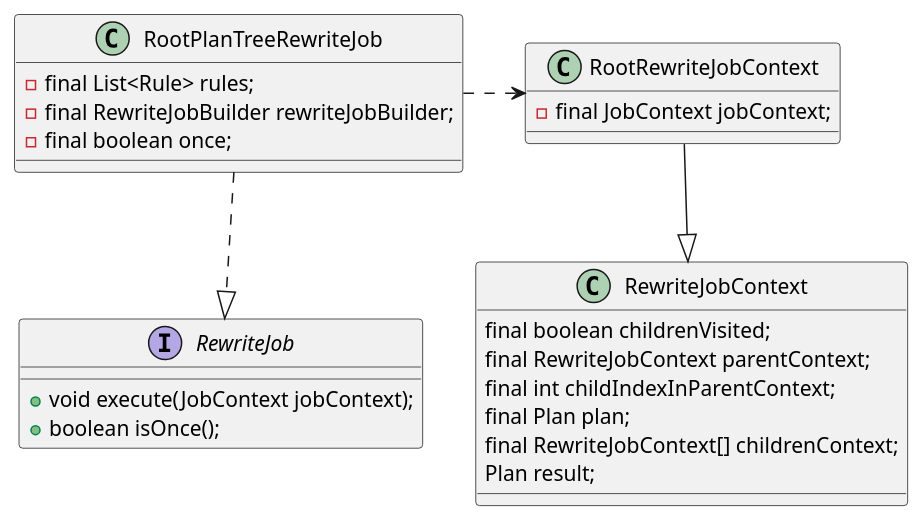
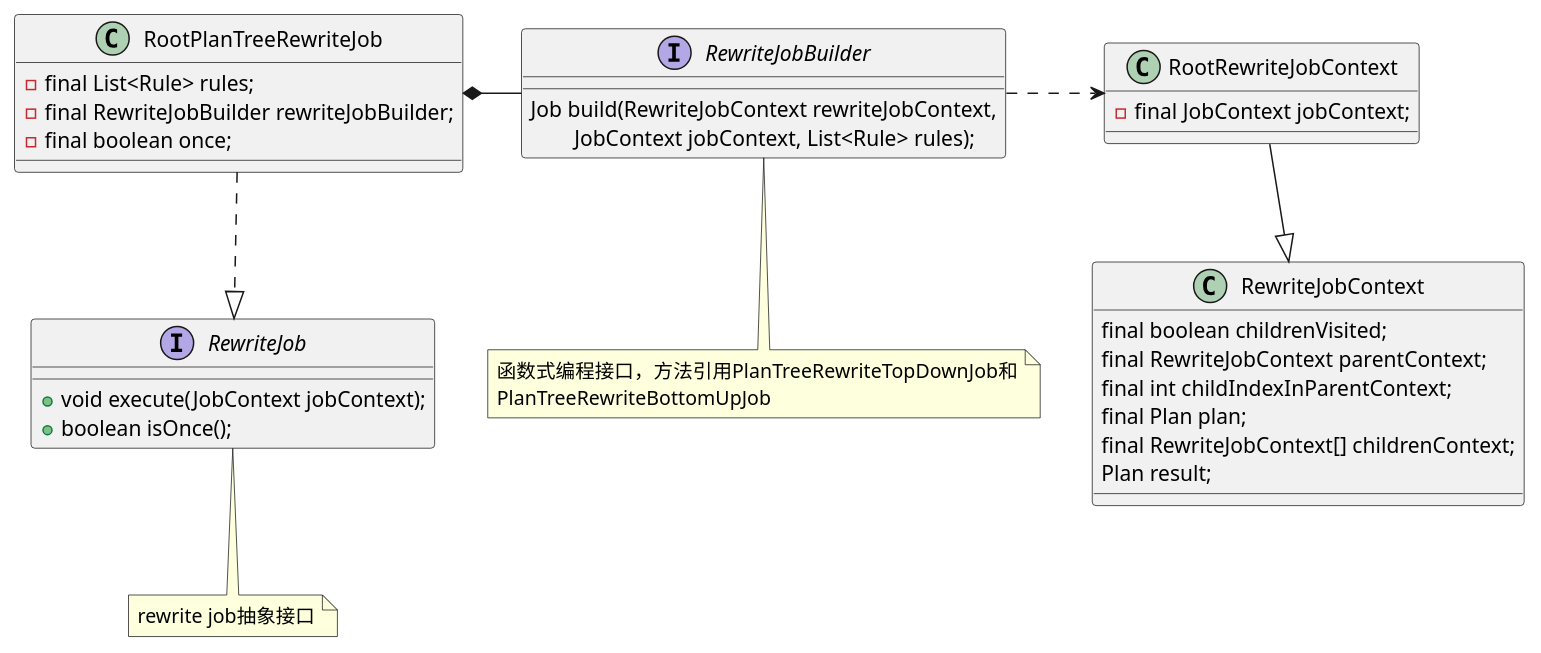
One commit to DepInjoy/geektime changed the fourth of 5 diagrams in doc/DB/Doris/SourceRead/01_00_RewriteFramework.md. Above: the diagram before and after it, drawn with PlantUML. The commit also changed other lines of this file, not shown here.

Commit message:
Doris rewrite framework梳理

````diff
--- a/doc/DB/Doris/SourceRead/01_00_RewriteFramework.md
+++ b/doc/DB/Doris/SourceRead/01_00_RewriteFramework.md
@@ -294,31 +327,41 @@
 ```plantuml
 @startuml
 class RootPlanTreeRewriteJob {
     - final List<Rule> rules;
     - final RewriteJobBuilder rewriteJobBuilder;
     - final boolean once;
 }
 
 interface RewriteJob {
     + void execute(JobContext jobContext);
     + boolean isOnce();
 }
+note bottom : rewrite job抽象接口
 
 class RootRewriteJobContext {
     - final JobContext jobContext;
 }
 
 class RewriteJobContext {
     final boolean childrenVisited;
     final RewriteJobContext parentContext;
     final int childIndexInParentContext;
     final Plan plan;
     final RewriteJobContext[] childrenContext;
     Plan result;
 }
 
-RootRewriteJobContext -down-|>RewriteJobContext
+interface RewriteJobBuilder {
+    Job build(RewriteJobContext rewriteJobContext,
+        \tJobContext jobContext, List<Rule> rules);
+}
+note bottom : 函数式编程接口，方法引用PlanTreeRewriteTopDownJob和\nPlanTreeRewriteBottomUpJob
+
+RootRewriteJobContext -down-|> RewriteJobContext
 RootPlanTreeRewriteJob -down.|> RewriteJob
-RootPlanTreeRewriteJob -right..> RootRewriteJobContext
+RewriteJobBuilder -left-* RootPlanTreeRewriteJob
+
+RewriteJobBuilder -right..> RootRewriteJobContext
+
 @enduml
 ```
````
